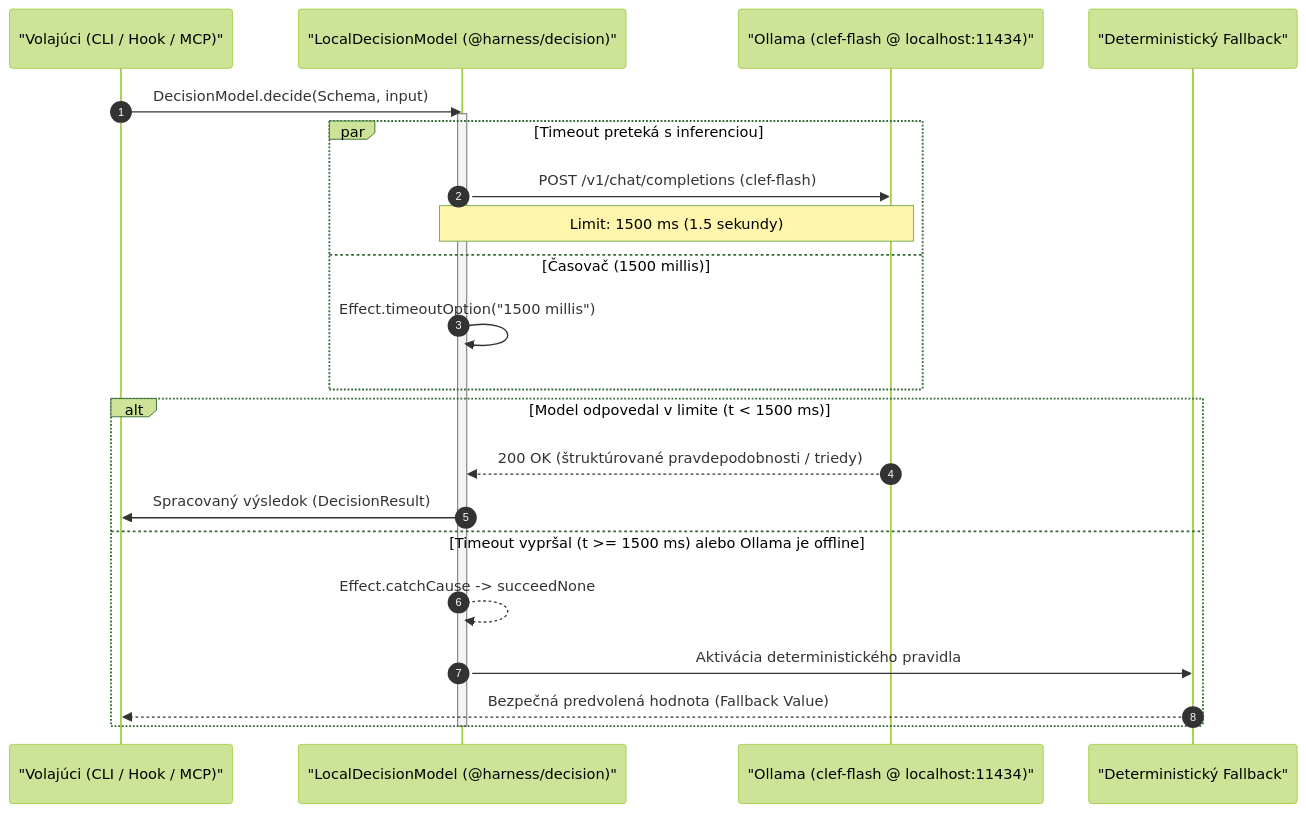
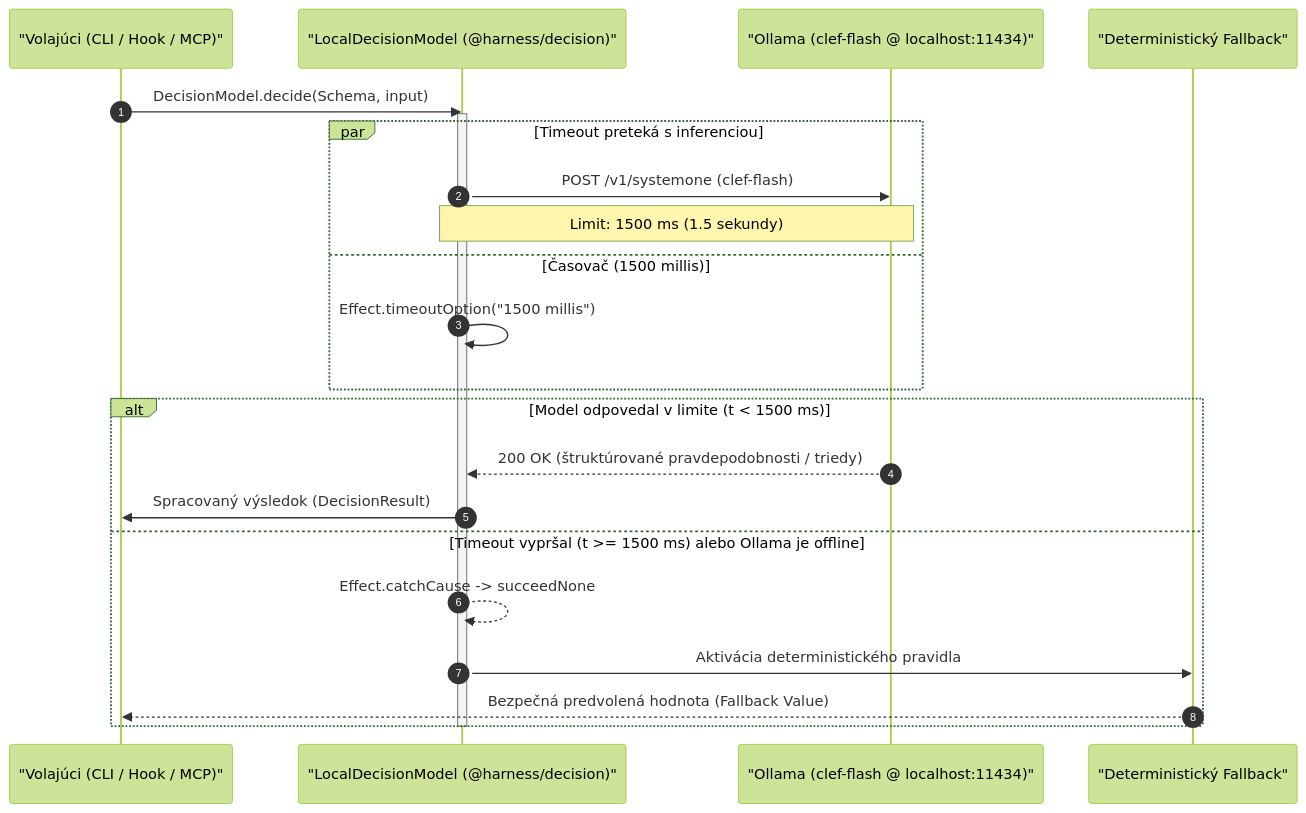
Before and after one commit to selmeci/effect-ts-harness: the third of 5 diagrams in docs/architecture-and-workflow.md, drawn with Mermaid (forest theme). The commit also changed other lines of this file and 25 other files, not shown here.

````diff
--- a/docs/architecture-and-workflow.md
+++ b/docs/architecture-and-workflow.md
@@ -348,28 +348,28 @@
 ```mermaid
 sequenceDiagram
     autonumber
     participant Caller as "Volajúci (CLI / Hook / MCP)"
     participant Layer as "LocalDecisionModel (@harness/decision)"
     participant Ollama as "Ollama (clef-flash @ localhost:11434)"
     participant Fallback as "Deterministický Fallback"
 
     Caller->>Layer: DecisionModel.decide(Schema, input)
     activate Layer
 
     par Timeout preteká s inferenciou
-        Layer->>Ollama: POST /v1/chat/completions (clef-flash)
+        Layer->>Ollama: POST /v1/systemone (clef-flash)
         Note over Layer,Ollama: Limit: 1500 ms (1.5 sekundy)
     and Časovač (1500 millis)
         Layer->>Layer: Effect.timeoutOption("1500 millis")
     end
 
     alt Model odpovedal v limite (t < 1500 ms)
         Ollama-->>Layer: 200 OK (štruktúrované pravdepodobnosti / triedy)
         Layer->>Caller: Spracovaný výsledok (DecisionResult)
     else Timeout vypršal (t >= 1500 ms) alebo Ollama je offline
         Layer-->>Layer: Effect.catchCause -> succeedNone
         Layer->>Fallback: Aktivácia deterministického pravidla
         Fallback-->>Caller: Bezpečná predvolená hodnota (Fallback Value)
     end
     deactivate Layer
 ```
````
